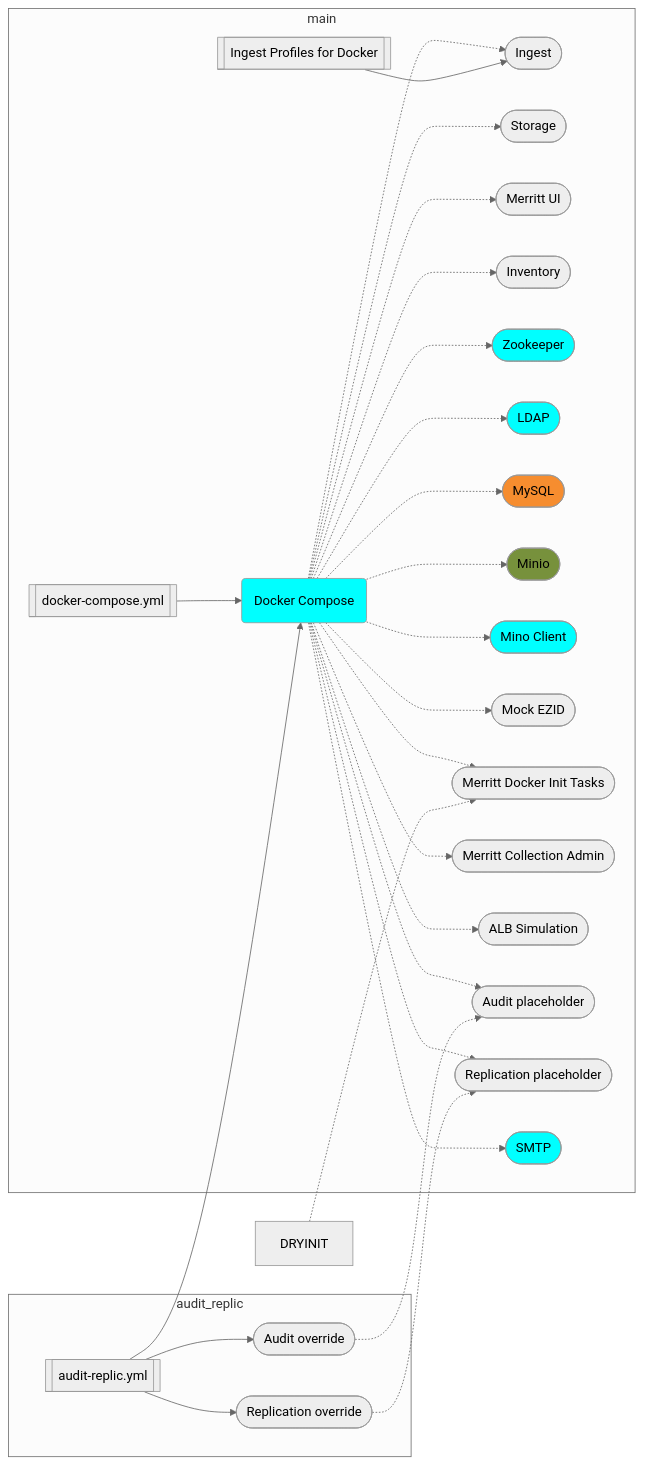
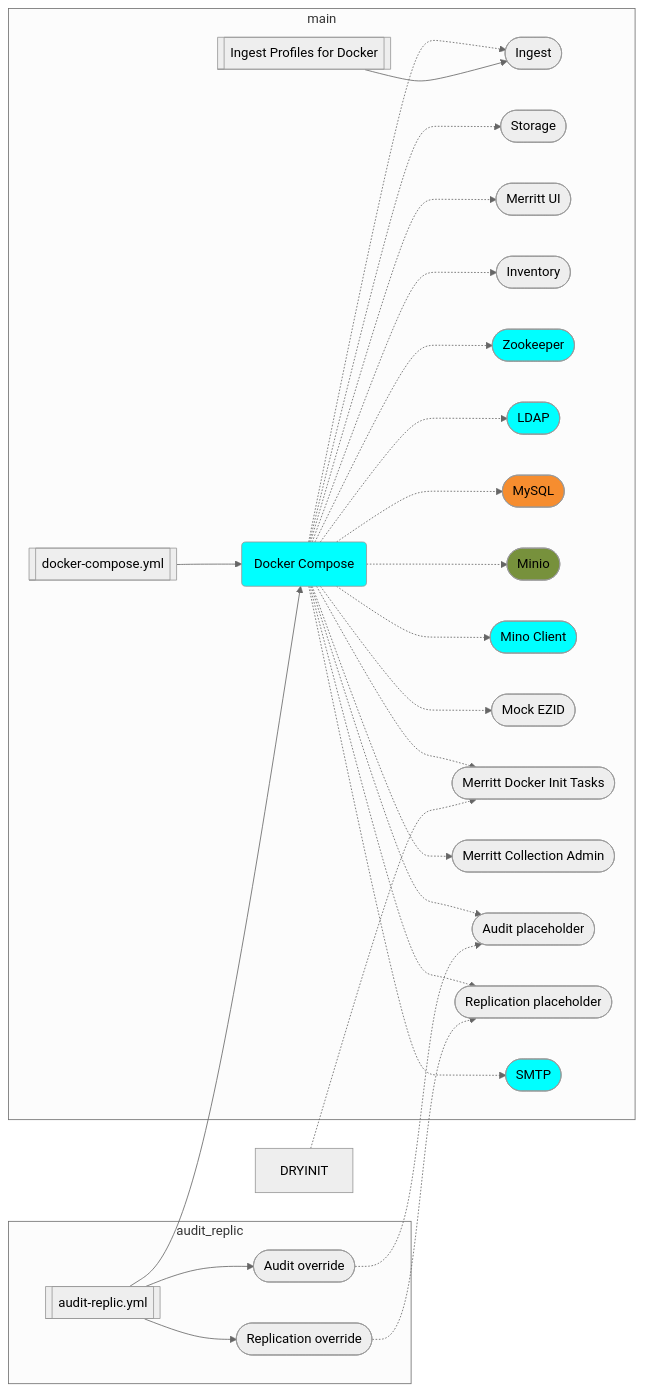
Before and after one commit to CDLUC3/merritt-docker: the diagram in README.md, drawn with Mermaid. The commit also changed other lines of this file and 1 other file, not shown here.

Commit message:
old code

```diff
--- a/README.md
+++ b/README.md
@@ -187,8 +180,6 @@
   click INIT href "https://github.com/CDLUC3/merritt-docker/blob/main/mrt-services/docker-compose.yml#L230-L249" "source code"
   COLLADMIN([Merritt Collection Admin])
   click COLLADMIN href "https://github.com/CDLUC3/mrt-admin-lambda" "source code"
-  ALB([ALB Simulation])
-  click ALB href "https://github.com/CDLUC3/mrt-admin-lambda/tree/main/simulate-lambda-alb" "source code"
   AUDIT([Audit placeholder])
   REPLIC([Replication placeholder])
   SMTP([SMTP])
@@ -210,7 +201,6 @@
     DOCK -.-> EZID
     DOCK -.-> INIT
     DOCK -.-> COLLADMIN
-    DOCK -.-> ALB
     DOCK -.-> AUDIT
     DOCK -.-> REPLIC
     DOCK -.-> SMTP
```
